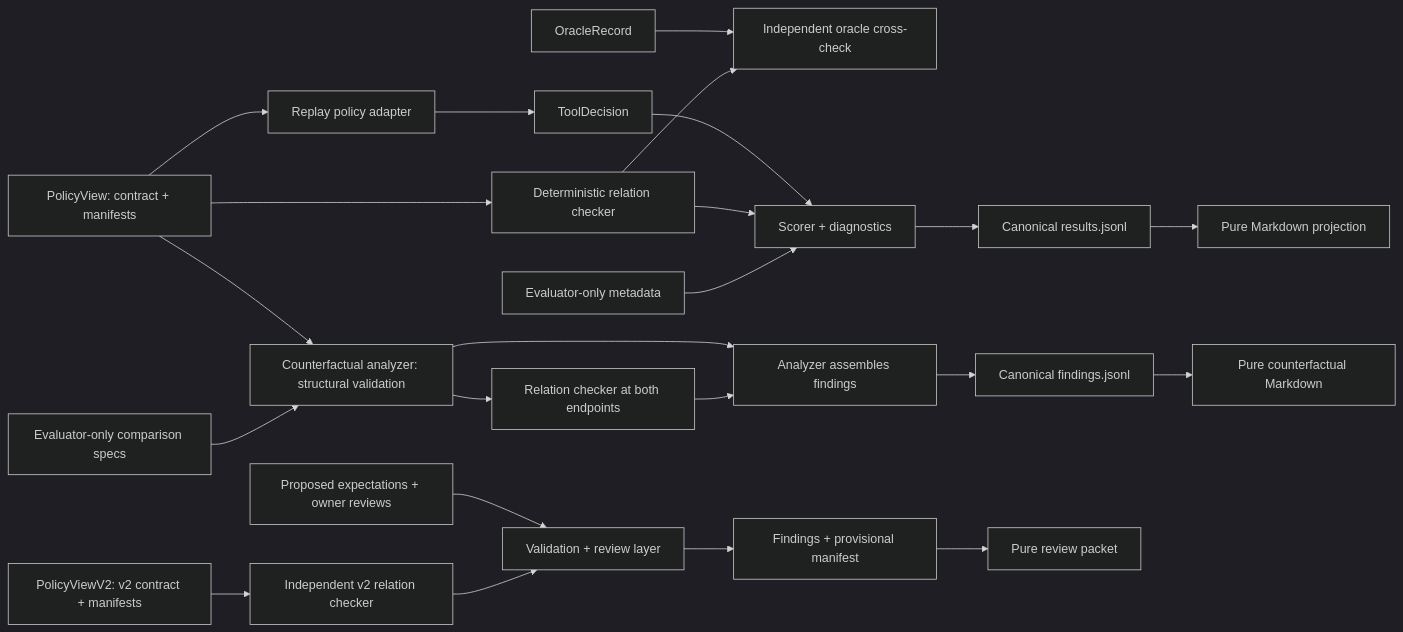
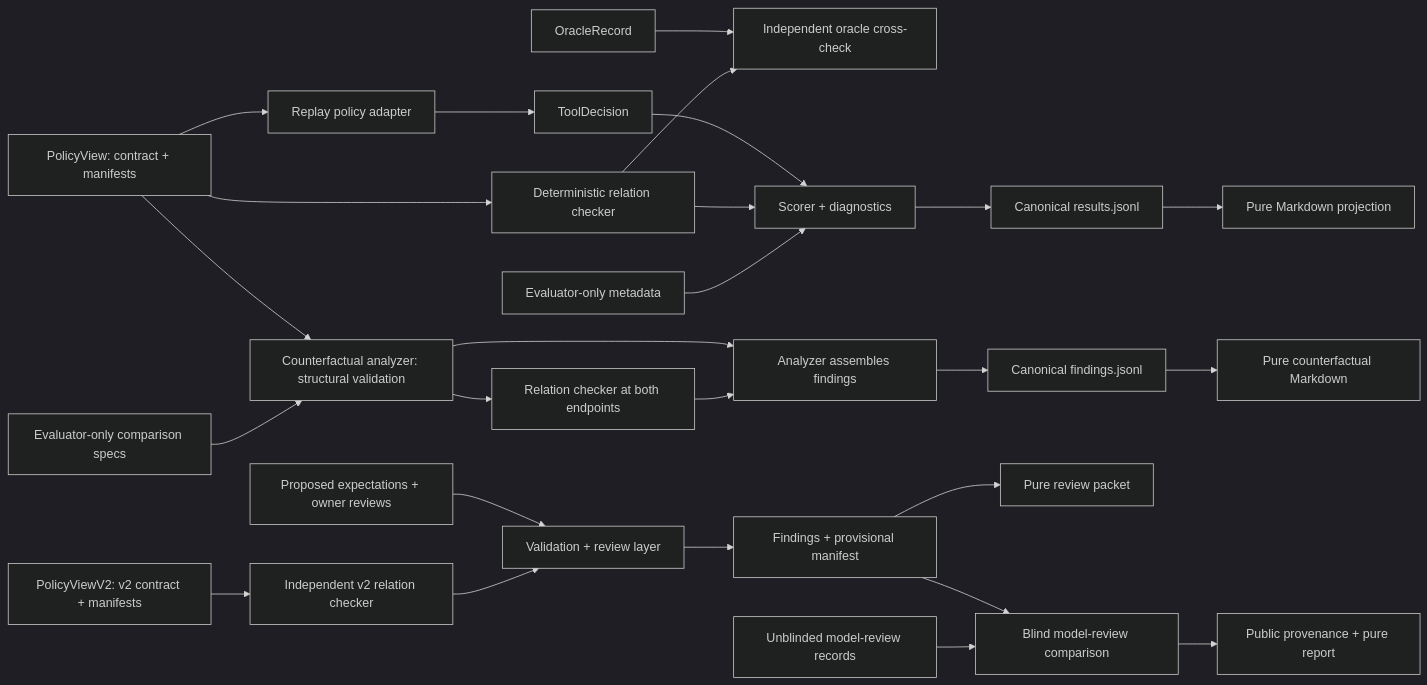
One commit to eriksrice/tool-choice-contract-trial changed the diagram in README.md. Above: the diagram before and after it, drawn with Mermaid (dark theme). The commit also changed other lines of this file and 26 other files, not shown here.

First line of the commit message:
Integrate blind independent model review

````diff
--- a/README.md
+++ b/README.md
@@ -17,30 +17,34 @@
 ```mermaid
 flowchart LR
     V["PolicyView: contract + manifests"] --> P["Replay policy adapter"]
     P --> D["ToolDecision"]
 
     V --> C["Deterministic relation checker"]
     O["OracleRecord"] --> X["Independent oracle cross-check"]
     C --> X
 
     D --> S["Scorer + diagnostics"]
     C --> S
     M["Evaluator-only metadata"] --> S
 
     S --> J["Canonical results.jsonl"]
     J --> R["Pure Markdown projection"]
 
     V --> A["Counterfactual analyzer: structural validation"]
     Q["Evaluator-only comparison specs"] --> A
     A --> E["Relation checker at both endpoints"]
     A --> B["Analyzer assembles findings"]
     E --> B
     B --> F["Canonical findings.jsonl"]
     F --> G["Pure counterfactual Markdown"]
 
     V2["PolicyViewV2: v2 contract + manifests"] --> C2["Independent v2 relation checker"]
     H["Proposed expectations + owner reviews"] --> Q2["Validation + review layer"]
     C2 --> Q2
     Q2 --> K["Findings + provisional manifest"]
     K --> L["Pure review packet"]
+
+    K --> BM["Blind model-review comparison"]
+    BR["Unblinded model-review records"] --> BM
+    BM --> BP["Public provenance + pure report"]
 ```
````
